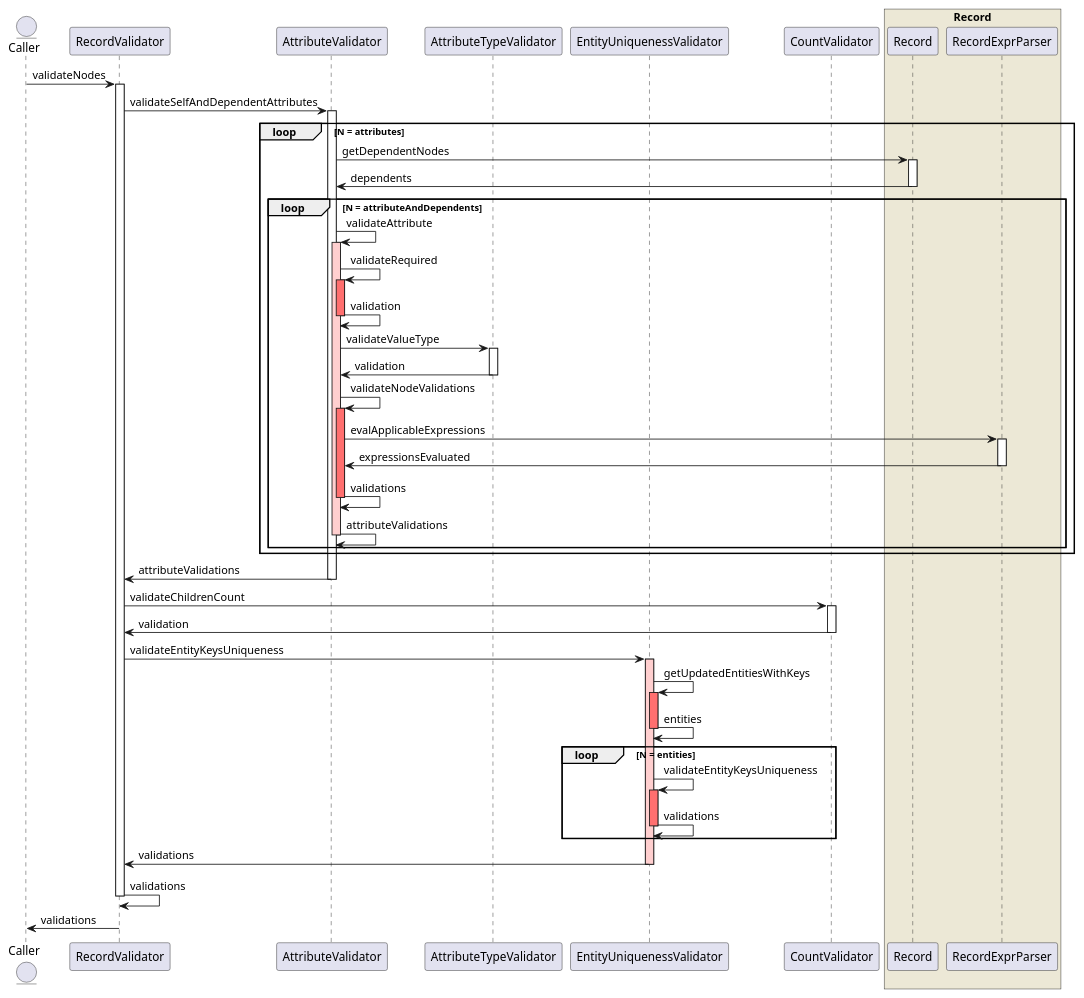
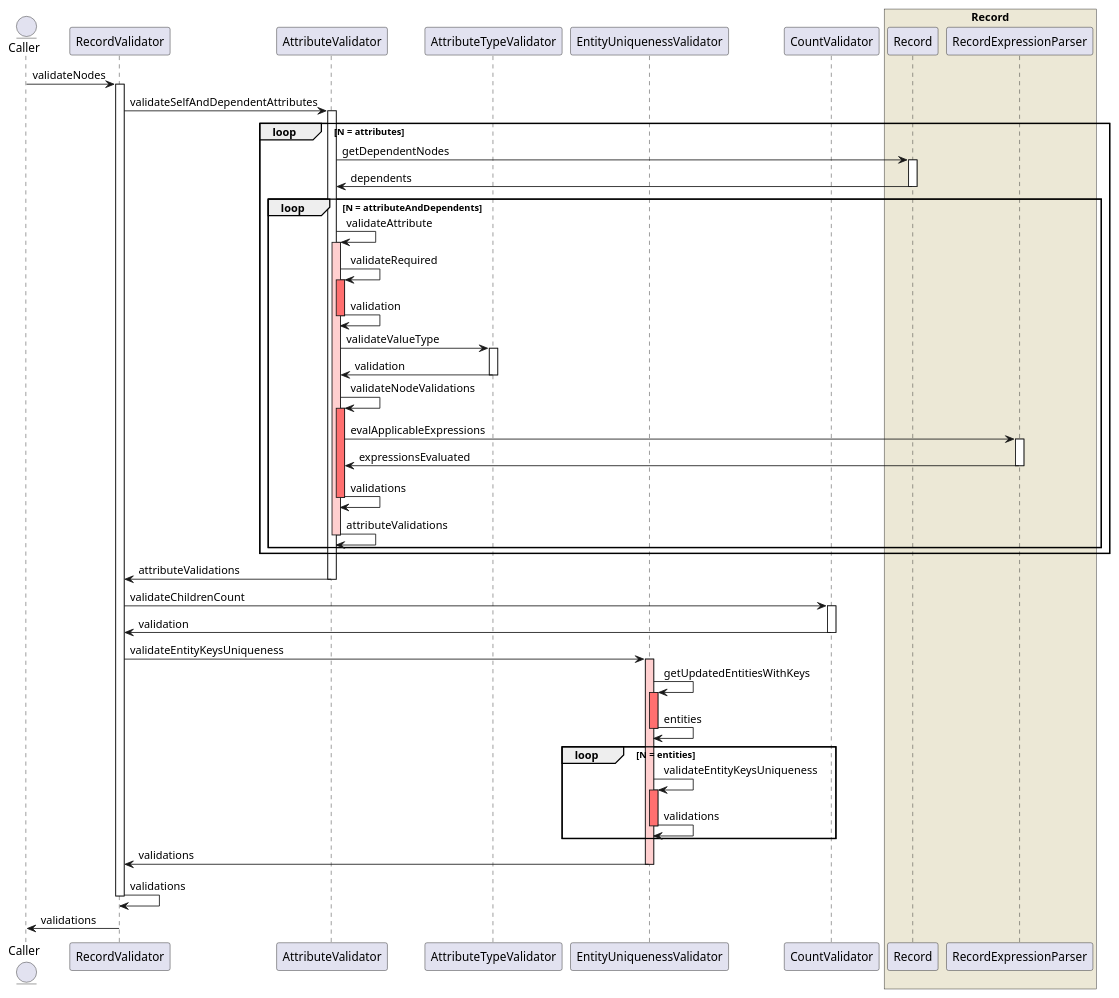
One commit to openforis/arena changed the diagram in doc/uml/sequence/recordValidator.puml. Above: the diagram before and after it, drawn with PlantUML. The commit also changed 6 other files, not shown here.

Commit message:
Rename RecordExpr to RecordExpression

```diff
--- a/doc/uml/sequence/recordValidator.puml
+++ b/doc/uml/sequence/recordValidator.puml
@@ -1,55 +1,55 @@
 @startuml
 
 entity Caller
 participant RecordValidator
 participant AttributeValidator
 participant AttributeTypeValidator
 participant EntityUniquenessValidator
 participant CountValidator
 
 box "Record" #ece8d6
 participant Record
-participant RecordExprParser
+participant RecordExpressionParser
 end box
 
 Caller -> RecordValidator ++ : validateNodes
 
 '1
 RecordValidator -> AttributeValidator ++ : validateSelfAndDependentAttributes
     loop N = attributes
         AttributeValidator -> Record ++ : getDependentNodes
             Record -> AttributeValidator -- : dependents
             loop N = attributeAndDependents
                 AttributeValidator -> AttributeValidator ++ #FFCFCF : validateAttribute
                     AttributeValidator -> AttributeValidator ++ #FF6F6F: validateRequired
                         AttributeValidator -> AttributeValidator -- : validation
 
                     AttributeValidator -> AttributeTypeValidator ++ : validateValueType
                         AttributeTypeValidator -> AttributeValidator -- : validation
 
                     AttributeValidator -> AttributeValidator ++ #FF6F6F : validateNodeValidations
-                        AttributeValidator -> RecordExprParser ++ : evalApplicableExpressions
-                            RecordExprParser -> AttributeValidator -- : expressionsEvaluated
+                        AttributeValidator -> RecordExpressionParser ++ : evalApplicableExpressions
+                            RecordExpressionParser -> AttributeValidator -- : expressionsEvaluated
                         AttributeValidator -> AttributeValidator -- : validations
 
                     AttributeValidator -> AttributeValidator -- : attributeValidations
             end
     end
     AttributeValidator -> RecordValidator -- : attributeValidations
 
 '2 CountValidator
 RecordValidator -> CountValidator ++ : validateChildrenCount
     CountValidator -> RecordValidator  -- : validation
 '3
 RecordValidator -> EntityUniquenessValidator ++ #FFCFCF : validateEntityKeysUniqueness
     EntityUniquenessValidator -> EntityUniquenessValidator ++ #FF6F6F : getUpdatedEntitiesWithKeys
         EntityUniquenessValidator -> EntityUniquenessValidator -- : entities
         loop N = entities
             EntityUniquenessValidator -> EntityUniquenessValidator ++ #FF6F6F : validateEntityKeysUniqueness
                 EntityUniquenessValidator -> EntityUniquenessValidator -- : validations
         end
         EntityUniquenessValidator -> RecordValidator -- : validations
     RecordValidator -> RecordValidator -- : validations
 
 RecordValidator -> Caller -- : validations
 @enduml
```
